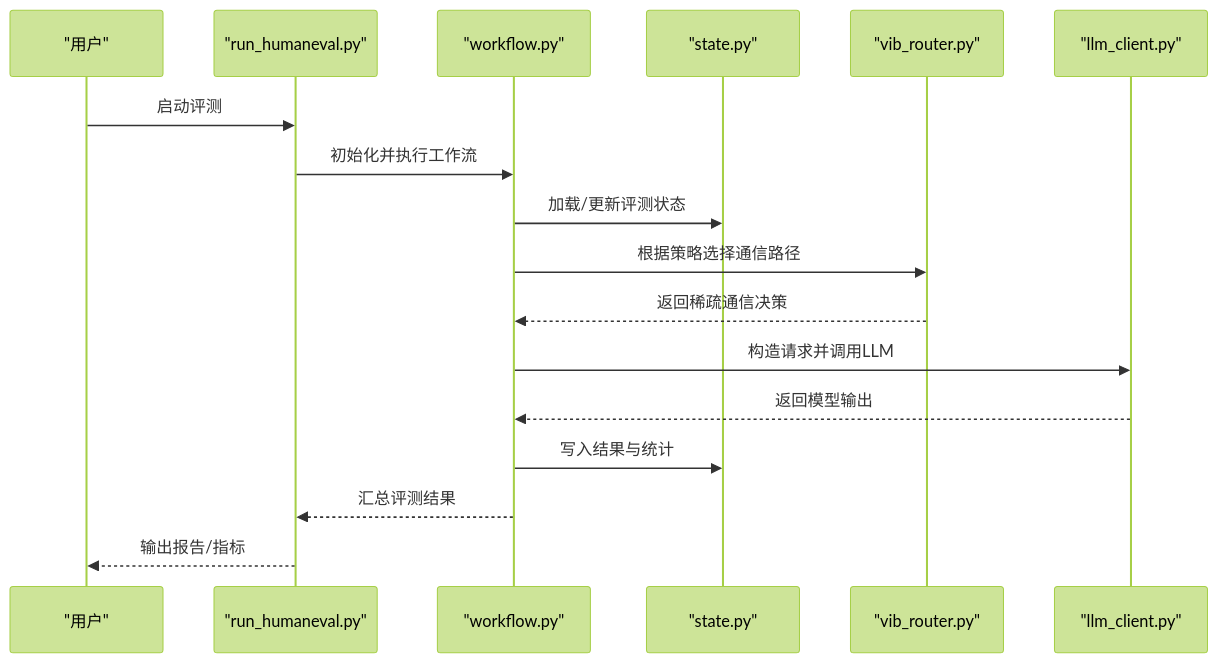
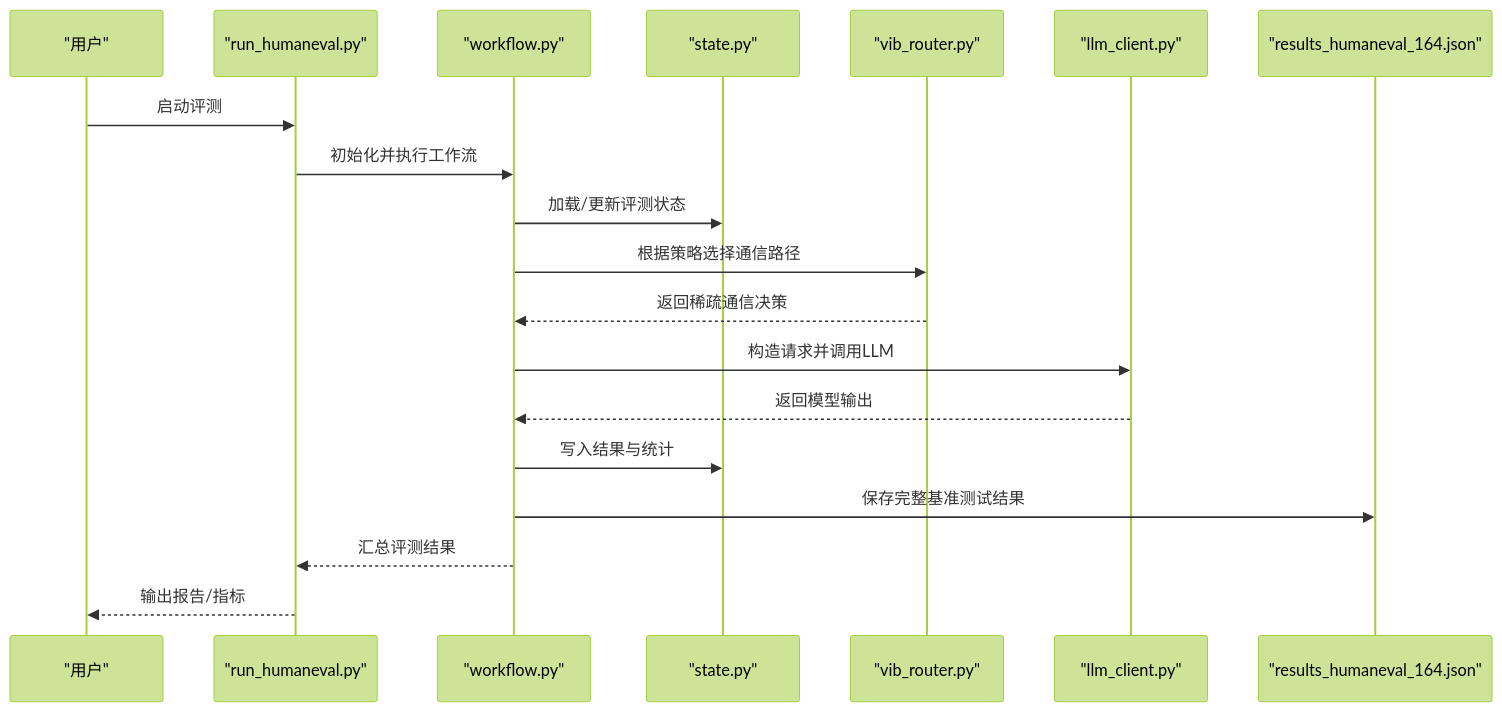
The second of 7 diagrams in .qoder/repowiki/zh/content/核心架构/实验框架/HumanEval基准测试.md (QuStarry/VIB-SparseCommunication), drawn with Mermaid (forest theme) before and after one commit. The commit also changed other lines of this file and 18 other files, not shown here.

````diff
--- a/.qoder/repowiki/zh/content/核心架构/实验框架/HumanEval基准测试.md
+++ b/.qoder/repowiki/zh/content/核心架构/实验框架/HumanEval基准测试.md
@@ -80,19 +91,21 @@
 ```mermaid
 sequenceDiagram
 participant User as "用户"
 participant Runner as "run_humaneval.py"
 participant WF as "workflow.py"
 participant State as "state.py"
 participant Router as "vib_router.py"
 participant Client as "llm_client.py"
+participant Results as "results_humaneval_164.json"
 User->>Runner : 启动评测
 Runner->>WF : 初始化并执行工作流
 WF->>State : 加载/更新评测状态
 WF->>Router : 根据策略选择通信路径
 Router-->>WF : 返回稀疏通信决策
 WF->>Client : 构造请求并调用LLM
 Client-->>WF : 返回模型输出
 WF->>State : 写入结果与统计
+WF->>Results : 保存完整基准测试结果
 WF-->>Runner : 汇总评测结果
 Runner-->>User : 输出报告/指标
 ```
````
